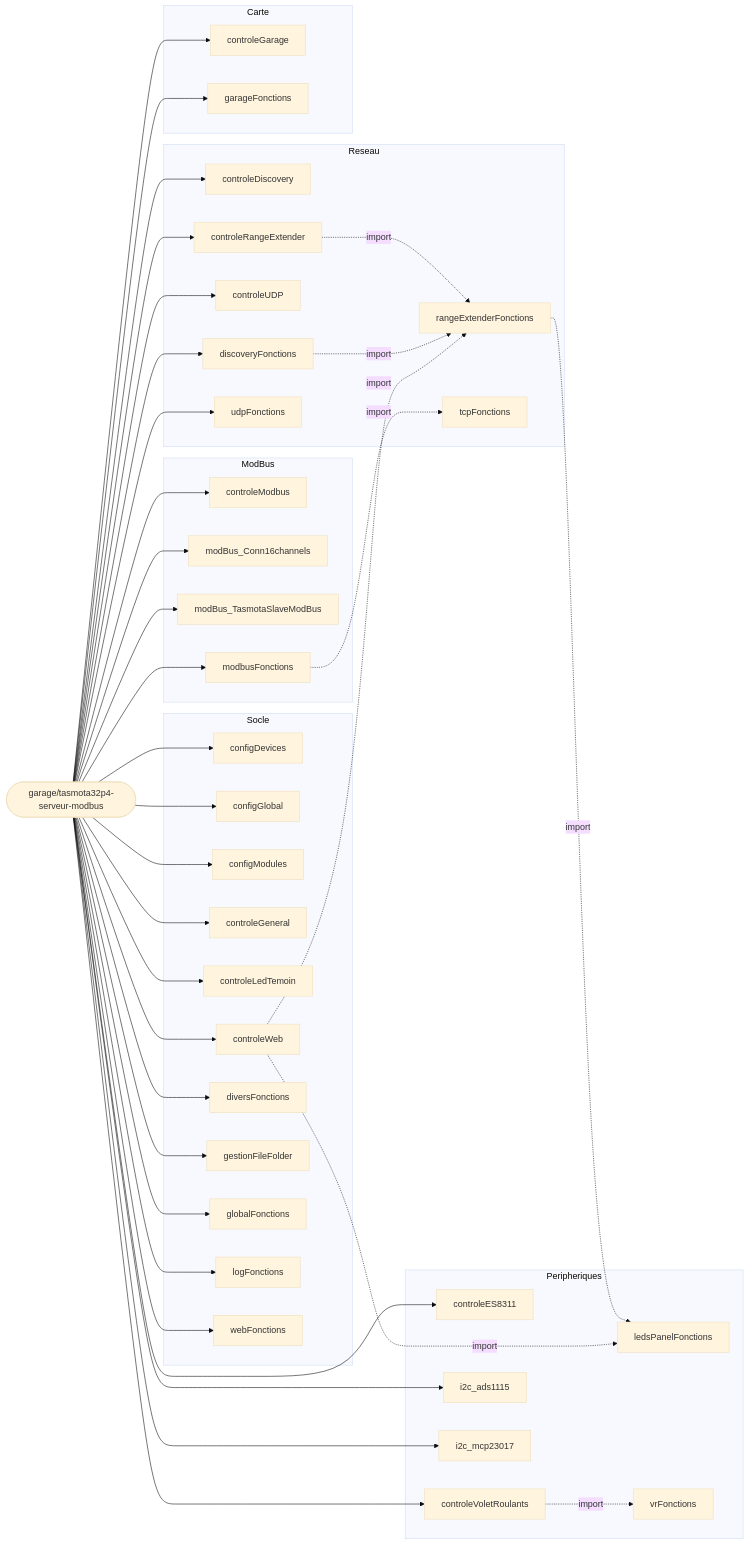
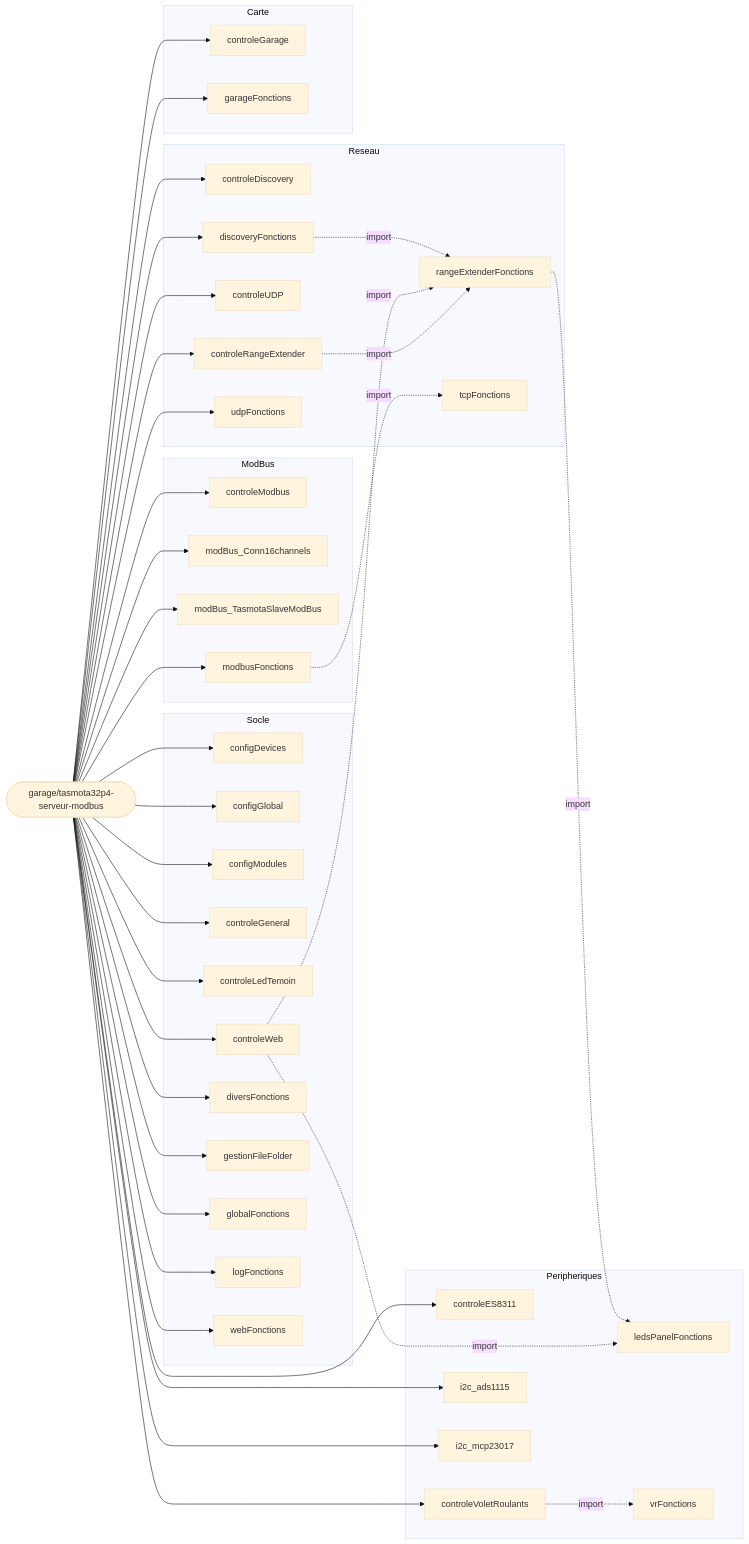
Before and after one commit to fdaubercy/Tasmota: the fifth of 8 diagrams in outils_docs/CARTE_MODULES_BERRY.md, drawn with Mermaid (base theme). The commit also changed other lines of this file and 74 other files, not shown here.

````diff
--- a/outils_docs/CARTE_MODULES_BERRY.md
+++ b/outils_docs/CARTE_MODULES_BERRY.md
@@ -382,77 +382,77 @@
 ```mermaid
 flowchart LR
     CARTE(["garage/tasmota32p4-serveur-modbus"])
     subgraph g_Socle["Socle"]
         m_configDevices["configDevices"]
         m_configGlobal["configGlobal"]
         m_configModules["configModules"]
         m_controleGeneral["controleGeneral"]
         m_controleLedTemoin["controleLedTemoin"]
         m_controleWeb["controleWeb"]
         m_diversFonctions["diversFonctions"]
         m_gestionFileFolder["gestionFileFolder"]
         m_globalFonctions["globalFonctions"]
         m_logFonctions["logFonctions"]
         m_webFonctions["webFonctions"]
     end
     subgraph g_Reseau["Reseau"]
         m_controleDiscovery["controleDiscovery"]
         m_controleRangeExtender["controleRangeExtender"]
         m_controleUDP["controleUDP"]
         m_discoveryFonctions["discoveryFonctions"]
         m_rangeExtenderFonctions["rangeExtenderFonctions"]
         m_tcpFonctions["tcpFonctions"]
         m_udpFonctions["udpFonctions"]
     end
     subgraph g_ModBus["ModBus"]
         m_controleModbus["controleModbus"]
         m_modBus_Conn16channels["modBus_Conn16channels"]
         m_modBus_TasmotaSlaveModBus["modBus_TasmotaSlaveModBus"]
         m_modbusFonctions["modbusFonctions"]
     end
     subgraph g_Peripheriques["Peripheriques"]
         m_controleES8311["controleES8311"]
         m_controleVoletRoulants["controleVoletRoulants"]
         m_i2c_ads1115["i2c_ads1115"]
         m_i2c_mcp23017["i2c_mcp23017"]
         m_ledsPanelFonctions["ledsPanelFonctions"]
         m_vrFonctions["vrFonctions"]
     end
     subgraph g_Carte["Carte"]
         m_controleGarage["controleGarage"]
         m_garageFonctions["garageFonctions"]
     end
     CARTE --> m_configDevices
     CARTE --> m_configGlobal
     CARTE --> m_configModules
     CARTE --> m_controleGeneral
     CARTE --> m_controleLedTemoin
     CARTE --> m_controleWeb
     CARTE --> m_diversFonctions
     CARTE --> m_gestionFileFolder
     CARTE --> m_globalFonctions
     CARTE --> m_logFonctions
     CARTE --> m_webFonctions
     CARTE --> m_controleDiscovery
     CARTE --> m_controleRangeExtender
     CARTE --> m_controleUDP
     CARTE --> m_discoveryFonctions
+    m_controleRangeExtender -.->|import| m_rangeExtenderFonctions
     m_controleWeb -.->|import| m_rangeExtenderFonctions
     m_discoveryFonctions -.->|import| m_rangeExtenderFonctions
-    m_controleRangeExtender -.->|import| m_rangeExtenderFonctions
     m_modbusFonctions -.->|import| m_tcpFonctions
     CARTE --> m_udpFonctions
     CARTE --> m_controleModbus
     CARTE --> m_modBus_Conn16channels
     CARTE --> m_modBus_TasmotaSlaveModBus
     CARTE --> m_modbusFonctions
     CARTE --> m_controleES8311
     CARTE --> m_controleVoletRoulants
     CARTE --> m_i2c_ads1115
     CARTE --> m_i2c_mcp23017
     m_controleWeb -.->|import| m_ledsPanelFonctions
     m_rangeExtenderFonctions -.->|import| m_ledsPanelFonctions
     m_controleVoletRoulants -.->|import| m_vrFonctions
     CARTE --> m_controleGarage
     CARTE --> m_garageFonctions
 ```
````
